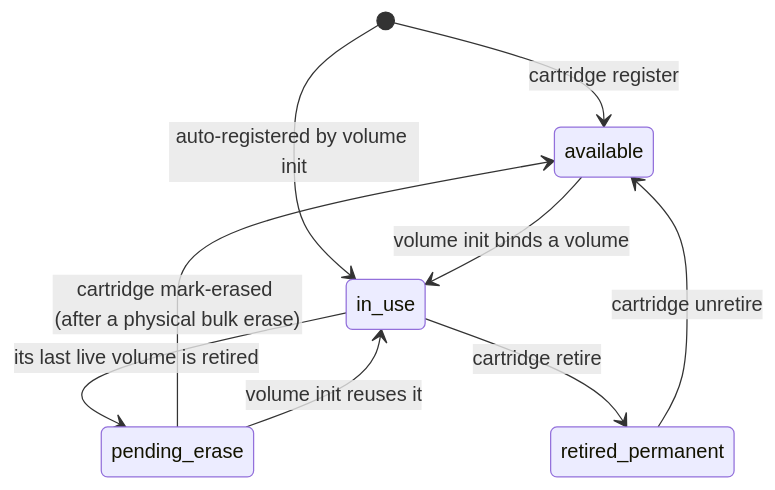
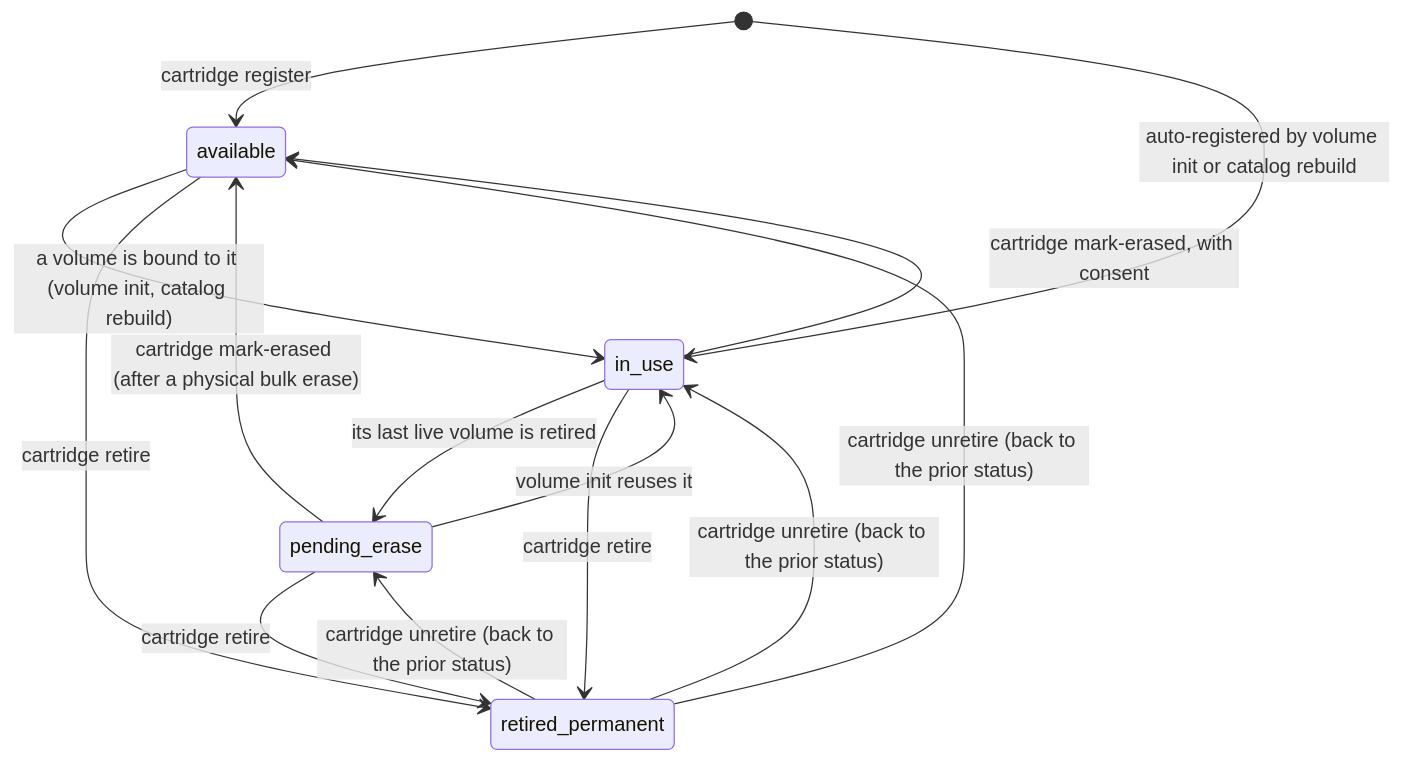
The fifth of 7 diagrams in docs/concepts.md (mikmorg/tapectl), drawn with Mermaid before and after one commit. The commit also changed other lines of this file and 13 other files, not shown here.

````diff
--- a/docs/concepts.md
+++ b/docs/concepts.md
@@ -590,11 +713,16 @@
 ```mermaid
 stateDiagram-v2
     [*] --> available : cartridge register
-    [*] --> in_use : auto-registered by volume init
-    available --> in_use : volume init binds a volume
+    [*] --> in_use : auto-registered by volume init or catalog rebuild
+    available --> in_use : a volume is bound to it (volume init, catalog rebuild)
     in_use --> pending_erase : its last live volume is retired
     pending_erase --> available : cartridge mark-erased (after a physical bulk erase)
+    in_use --> available : cartridge mark-erased, with consent
     pending_erase --> in_use : volume init reuses it
+    available --> retired_permanent : cartridge retire
     in_use --> retired_permanent : cartridge retire
-    retired_permanent --> available : cartridge unretire
+    pending_erase --> retired_permanent : cartridge retire
+    retired_permanent --> available : cartridge unretire (back to the prior status)
+    retired_permanent --> in_use : cartridge unretire (back to the prior status)
+    retired_permanent --> pending_erase : cartridge unretire (back to the prior status)
 ```
````
